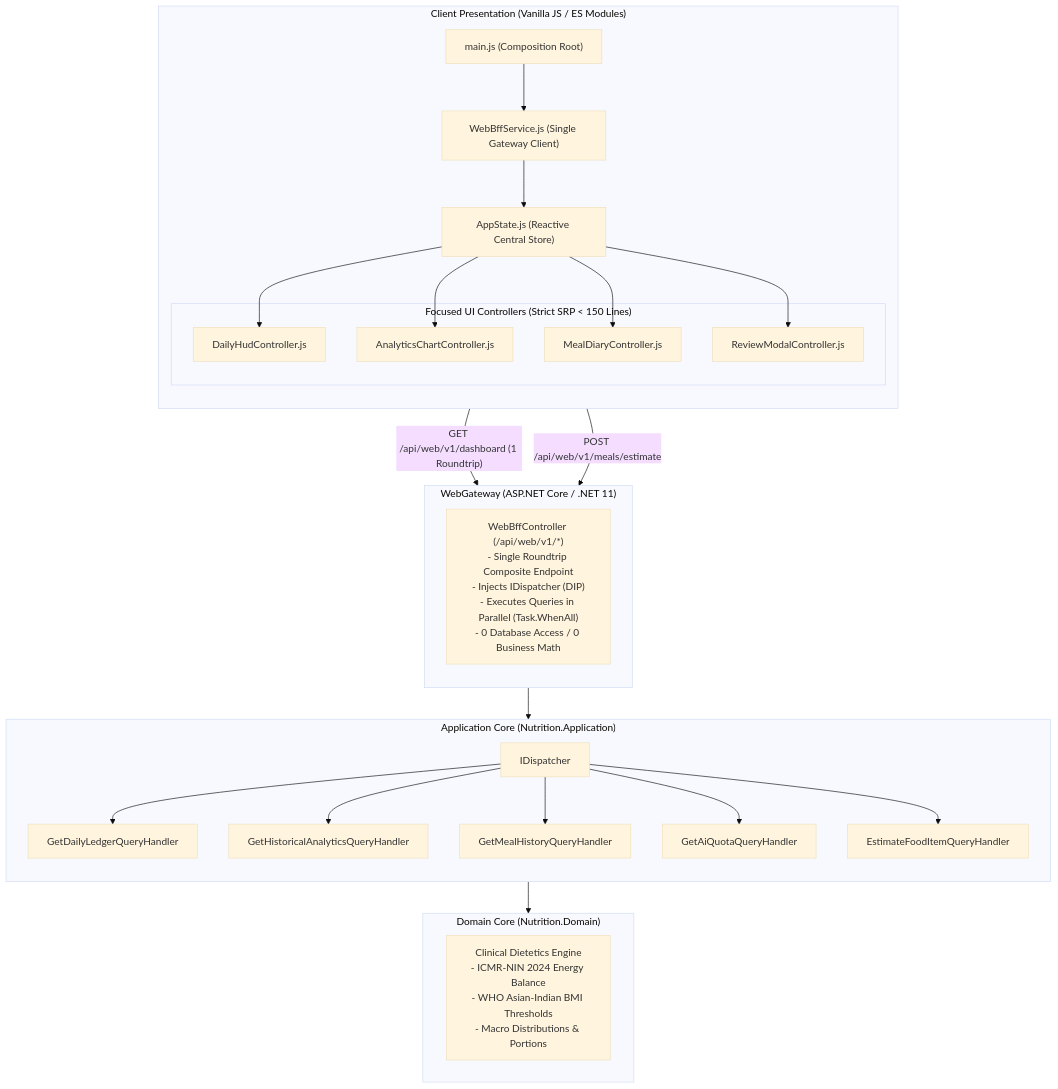
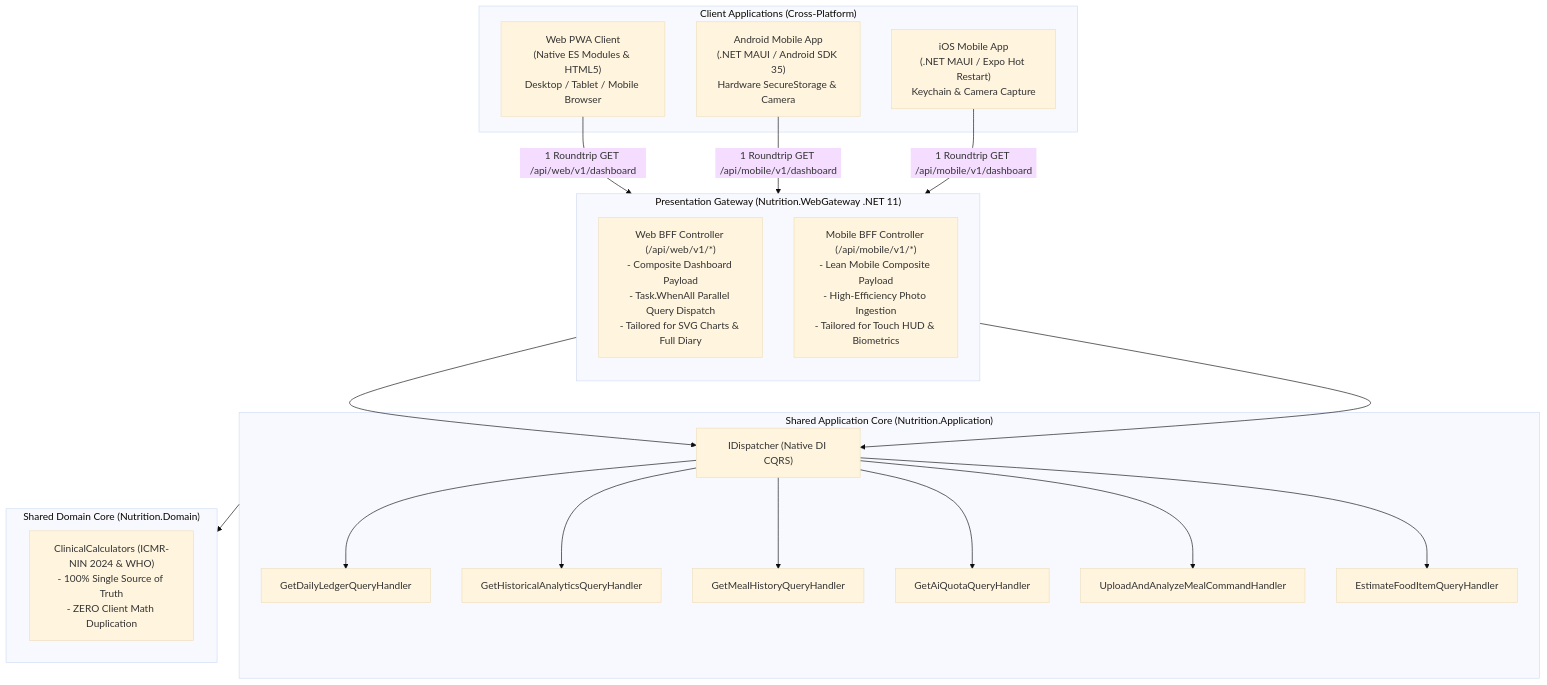
One commit to nikunjbanker/diet-dost changed the first of 2 diagrams in docs/sdd/08_web_bff_clean_architecture_migration_plan.md. Above: the diagram before and after it, drawn with Mermaid (base theme). The commit also changed other lines of this file and 9 other files, not shown here.

Commit message:
docs(cross-platform): unify web & mobile bff migration plan with platform cft suite and skill governance

````diff
--- a/docs/sdd/08_web_bff_clean_architecture_migration_plan.md
+++ b/docs/sdd/08_web_bff_clean_architecture_migration_plan.md
@@ -84,53 +22,43 @@
 ```mermaid
 graph TD
-    subgraph BROWSER_CLIENT ["Client Presentation (Vanilla JS / ES Modules)"]
-        direction TB
-        MAIN["main.js (Composition Root)"]
-        BFF_SVC["WebBffService.js (Single Gateway Client)"]
-        APP_STATE["AppState.js (Reactive Central Store)"]
-        
-        subgraph FOCUSED_UI_CONTROLLERS ["Focused UI Controllers (Strict SRP < 150 Lines)"]
-            HUD["DailyHudController.js"]
-            CHART["AnalyticsChartController.js"]
-            DIARY["MealDiaryController.js"]
-            MODAL["ReviewModalController.js"]
-        end
-        
-        MAIN --> BFF_SVC
-        BFF_SVC --> APP_STATE
-        APP_STATE --> HUD
-        APP_STATE --> CHART
-        APP_STATE --> DIARY
-        APP_STATE --> MODAL
+    subgraph CLIENT_TIER ["Client Applications (Cross-Platform)"]
+        WEB_CLIENT["Web PWA Client<br/>(Native ES Modules & HTML5)<br/>Desktop / Tablet / Mobile Browser"]
+        MOBILE_ANDROID["Android Mobile App<br/>(.NET MAUI / Android SDK 35)<br/>Hardware SecureStorage & Camera"]
+        MOBILE_IOS["iOS Mobile App<br/>(.NET MAUI / Expo Hot Restart)<br/>Keychain & Camera Capture"]
     end
 
-    subgraph PRESENTATION_GATEWAY ["WebGateway (ASP.NET Core / .NET 11)"]
+    subgraph WEBGATEWAY ["Presentation Gateway (Nutrition.WebGateway .NET 11)"]
         direction TB
-        WEB_BFF["WebBffController (/api/web/v1/*)<br/>- Single Roundtrip Composite Endpoint<br/>- Injects IDispatcher (DIP)<br/>- Executes Queries in Parallel (Task.WhenAll)<br/>- 0 Database Access / 0 Business Math"]
+        WEB_BFF["Web BFF Controller (/api/web/v1/*)<br/>- Composite Dashboard Payload<br/>- Task.WhenAll Parallel Query Dispatch<br/>- Tailored for SVG Charts & Full Diary"]
+        MOBILE_BFF["Mobile BFF Controller (/api/mobile/v1/*)<br/>- Lean Mobile Composite Payload<br/>- High-Efficiency Photo Ingestion<br/>- Tailored for Touch HUD & Biometrics"]
     end
 
-    subgraph APPLICATION_CQRS ["Application Core (Nutrition.Application)"]
-        direction TB
-        DISPATCHER["IDispatcher"]
-        Q1["GetDailyLedgerQueryHandler"]
-        Q2["GetHistoricalAnalyticsQueryHandler"]
-        Q3["GetMealHistoryQueryHandler"]
-        Q4["GetAiQuotaQueryHandler"]
-        Q5["EstimateFoodItemQueryHandler"]
+    subgraph APPLICATION_CORE ["Shared Application Core (Nutrition.Application)"]
+        DISPATCHER["IDispatcher (Native DI CQRS)"]
+        Q_LEDGER["GetDailyLedgerQueryHandler"]
+        Q_ANALYTICS["GetHistoricalAnalyticsQueryHandler"]
+        Q_MEALS["GetMealHistoryQueryHandler"]
+        Q_QUOTA["GetAiQuotaQueryHandler"]
+        CMD_MEAL["UploadAndAnalyzeMealCommandHandler"]
+        CMD_ESTIMATE["EstimateFoodItemQueryHandler"]
         
-        DISPATCHER --> Q1
-        DISPATCHER --> Q2
-        DISPATCHER --> Q3
-        DISPATCHER --> Q4
-        DISPATCHER --> Q5
+        DISPATCHER --> Q_LEDGER
+        DISPATCHER --> Q_ANALYTICS
+        DISPATCHER --> Q_MEALS
+        DISPATCHER --> Q_QUOTA
+        DISPATCHER --> CMD_MEAL
+        DISPATCHER --> CMD_ESTIMATE
     end
 
-    subgraph DOMAIN_CORE ["Domain Core (Nutrition.Domain)"]
-        CLINICAL["Clinical Dietetics Engine<br/>- ICMR-NIN 2024 Energy Balance<br/>- WHO Asian-Indian BMI Thresholds<br/>- Macro Distributions & Portions"]
+    subgraph DOMAIN_CORE ["Shared Domain Core (Nutrition.Domain)"]
+        CLINICAL["ClinicalCalculators (ICMR-NIN 2024 & WHO)<br/>- 100% Single Source of Truth<br/>- ZERO Client Math Duplication"]
     end
 
-    BFF_SVC -->|"GET /api/web/v1/dashboard (1 Roundtrip)"| WEB_BFF
-    MODAL -->|"POST /api/web/v1/meals/estimate"| WEB_BFF
+    WEB_CLIENT -->|"1 Roundtrip GET /api/web/v1/dashboard"| WEB_BFF
+    MOBILE_ANDROID -->|"1 Roundtrip GET /api/mobile/v1/dashboard"| MOBILE_BFF
+    MOBILE_IOS -->|"1 Roundtrip GET /api/mobile/v1/dashboard"| MOBILE_BFF
+
     WEB_BFF --> DISPATCHER
-    APPLICATION_CQRS --> DOMAIN_CORE
+    MOBILE_BFF --> DISPATCHER
+    APPLICATION_CORE --> DOMAIN_CORE
 ```
````
